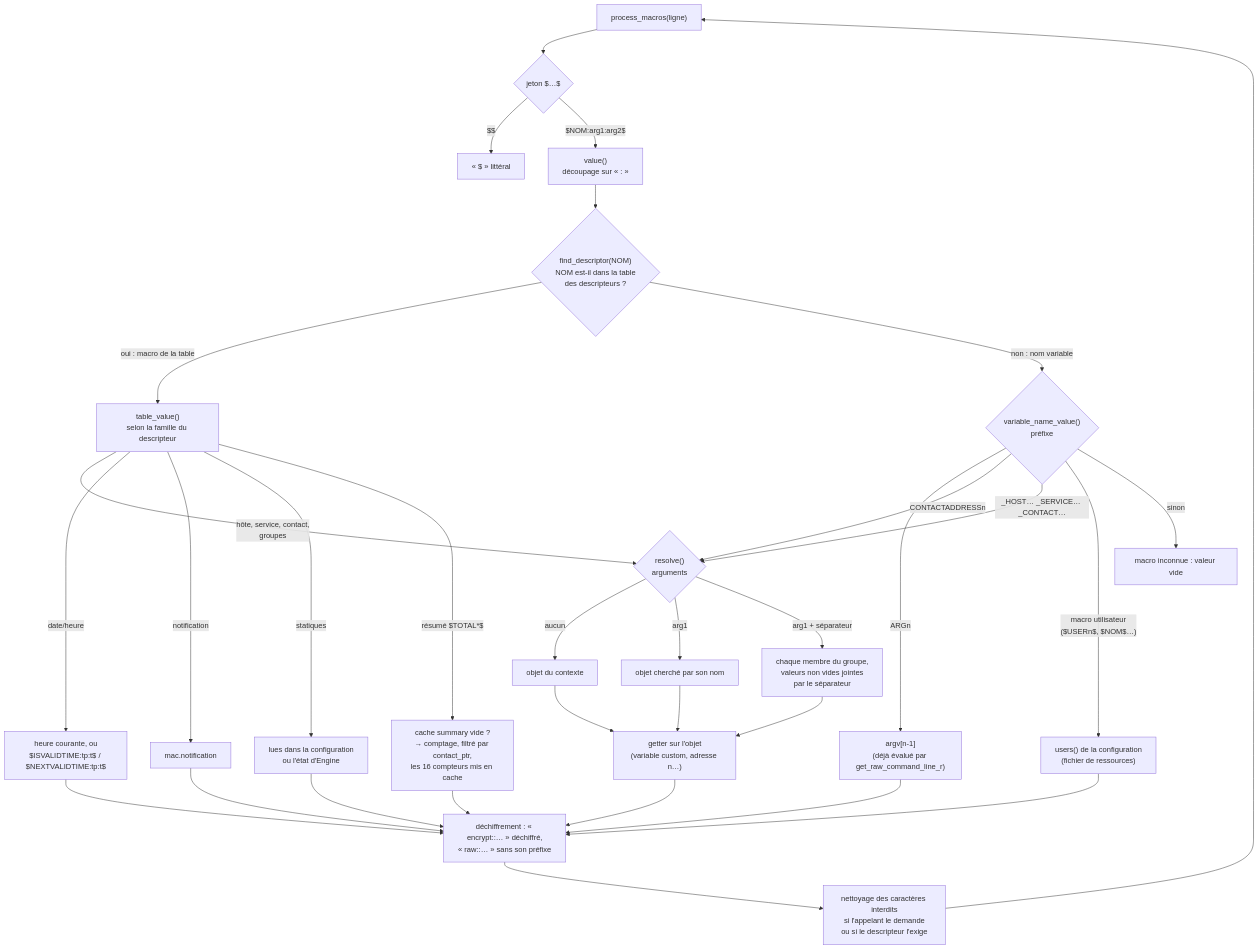
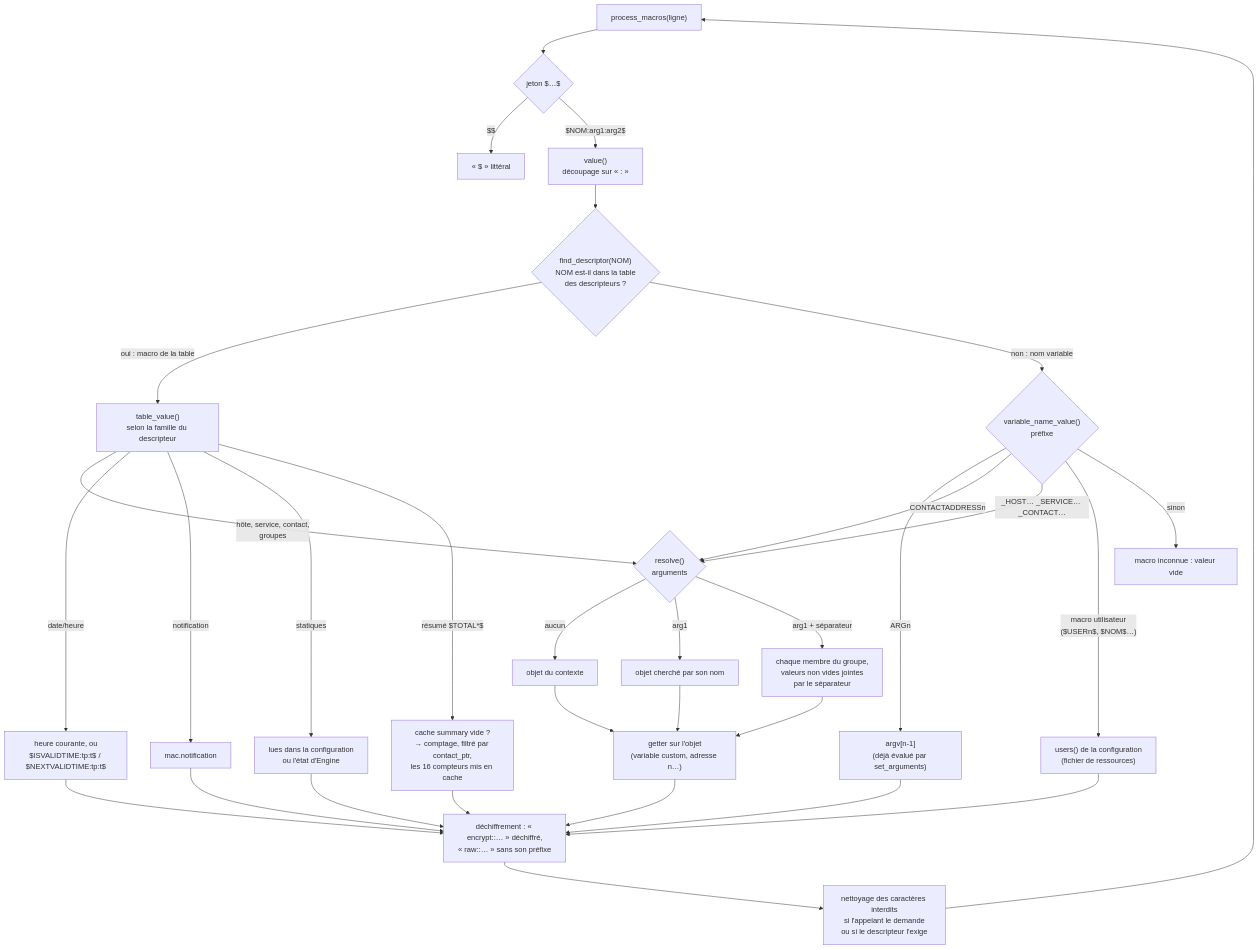
One commit to centreon/centreon-collect changed the diagram in doc/engine-macros-fr.md. Above: the diagram before and after it, drawn with Mermaid. The commit also changed other lines of this file and 3 other files, not shown here.

````diff
--- a/doc/engine-macros-fr.md
+++ b/doc/engine-macros-fr.md
@@ -106,39 +111,39 @@
 ```mermaid
 flowchart TD
     A["process_macros(ligne)"] --> B{"jeton $…$"}
     B -->|"$$"| B1["« $ » littéral"]
     B -->|"$NOM:arg1:arg2$"| C["value()<br/>découpage sur « : »"]
 
     C --> D{"find_descriptor(NOM)<br/>NOM est-il dans la table<br/>des descripteurs ?"}
     D -->|"oui : macro de la table"| E["table_value()<br/>selon la famille du descripteur"]
     D -->|"non : nom variable"| F{"variable_name_value()<br/>préfixe"}
 
-    F -->|"ARGn"| F1["argv[n-1]<br/>(déjà évalué par get_raw_command_line_r)"]
+    F -->|"ARGn"| F1["argv[n-1]<br/>(déjà évalué par set_arguments)"]
     F -->|"CONTACTADDRESSn"| R1
     F -->|"_HOST… _SERVICE… _CONTACT…"| R1
     F -->|"macro utilisateur<br/>($USERn$, $NOM$…)"| F5["users() de la configuration<br/>(fichier de ressources)"]
     F -->|sinon| F6["macro inconnue : valeur vide"]
 
     E -->|"hôte, service, contact,<br/>groupes"| R1{"resolve()<br/>arguments"}
     E -->|"date/heure"| P3["heure courante, ou<br/>$ISVALIDTIME:tp:t$ / $NEXTVALIDTIME:tp:t$"]
     E -->|"notification"| P1["mac.notification"]
     E -->|"statiques"| P2["lues dans la configuration<br/>ou l'état d'Engine"]
     E -->|"résumé $TOTAL*$"| P4["cache summary vide ?<br/>→ comptage, filtré par contact_ptr,<br/>les 16 compteurs mis en cache"]
 
     R1 -->|aucun| R2["objet du contexte"]
     R1 -->|arg1| R3["objet cherché par son nom"]
     R1 -->|"arg1 + séparateur"| R4["chaque membre du groupe,<br/>valeurs non vides jointes<br/>par le séparateur"]
     R2 --> S["getter sur l'objet<br/>(variable custom, adresse n…)"]
     R3 --> S
     R4 --> S
 
     S --> Z["déchiffrement : « encrypt::… » déchiffré,<br/>« raw::… » sans son préfixe"]
     P1 --> Z
     P2 --> Z
     P3 --> Z
     P4 --> Z
     F1 --> Z
     F5 --> Z
     Z --> Z2["nettoyage des caractères interdits<br/>si l'appelant le demande<br/>ou si le descripteur l'exige"]
     Z2 --> A
 ```
````
